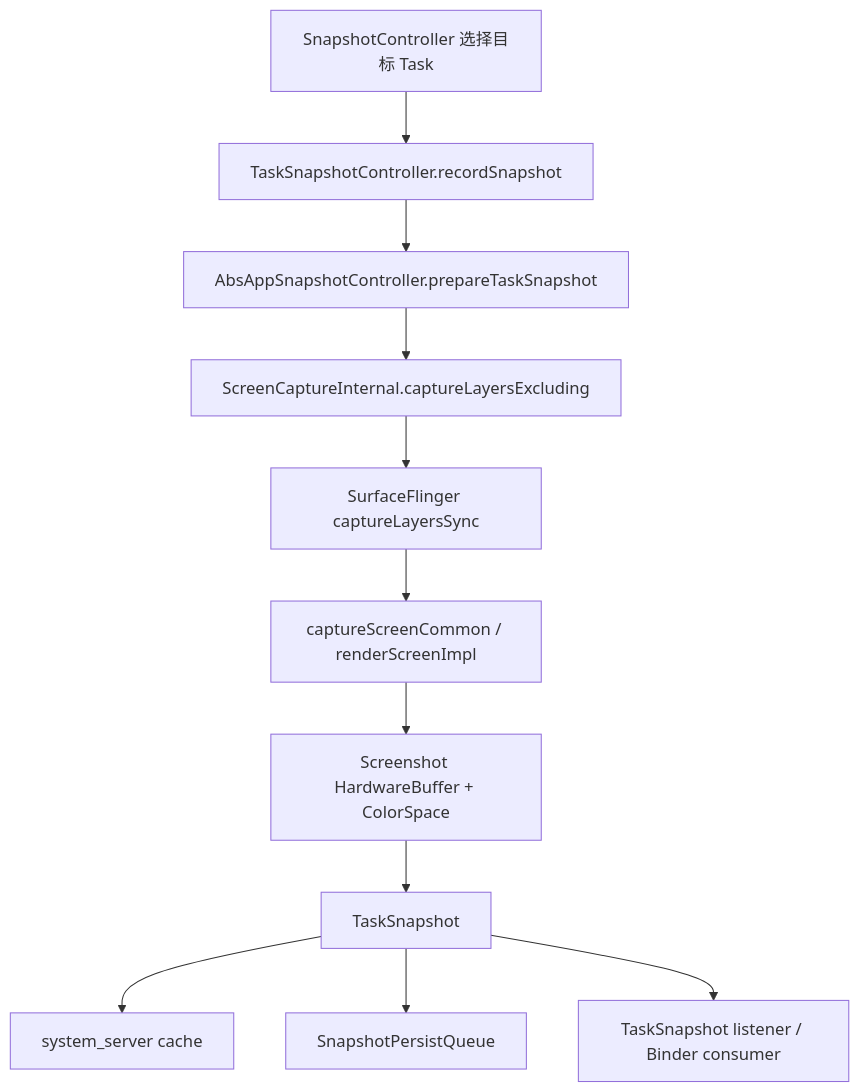
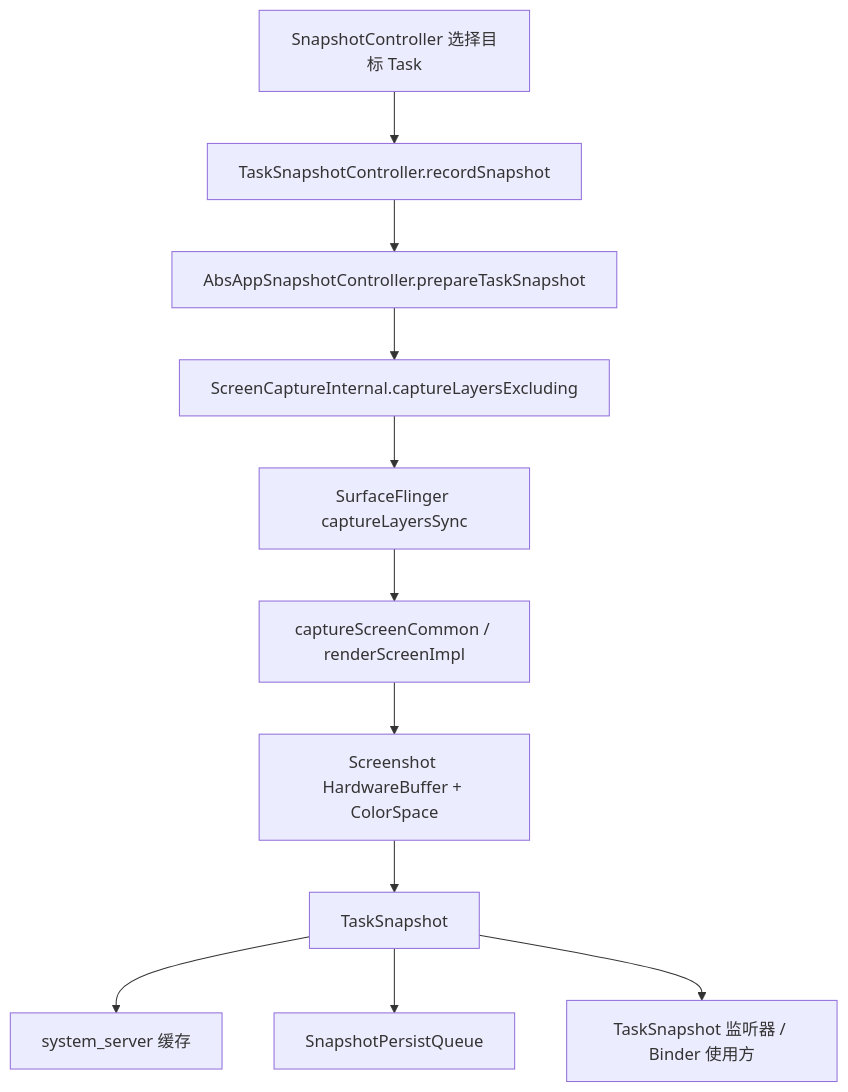
The first of 2 diagrams in src/part1-fundamentals/ch02-rendering/29-tasksnapshot-recents-rendering.md (Gracker/android-internals-wiki), drawn with Mermaid before and after one commit. The commit also changed other lines of this file and 4 other files, not shown here.

````diff
--- a/src/part1-fundamentals/ch02-rendering/29-tasksnapshot-recents-rendering.md
+++ b/src/part1-fundamentals/ch02-rendering/29-tasksnapshot-recents-rendering.md
@@ -144,13 +144,13 @@
 ```mermaid
 flowchart TD
     A["SnapshotController 选择目标 Task"] --> B["TaskSnapshotController.recordSnapshot"]
     B --> C["AbsAppSnapshotController.prepareTaskSnapshot"]
     C --> D["ScreenCaptureInternal.captureLayersExcluding"]
     D --> E["SurfaceFlinger captureLayersSync"]
     E --> F["captureScreenCommon / renderScreenImpl"]
     F --> G["Screenshot HardwareBuffer + ColorSpace"]
     G --> H["TaskSnapshot"]
-    H --> I["system_server cache"]
+    H --> I["system_server 缓存"]
     H --> J["SnapshotPersistQueue"]
-    H --> K["TaskSnapshot listener / Binder consumer"]
+    H --> K["TaskSnapshot 监听器 / Binder 使用方"]
 ```
````
